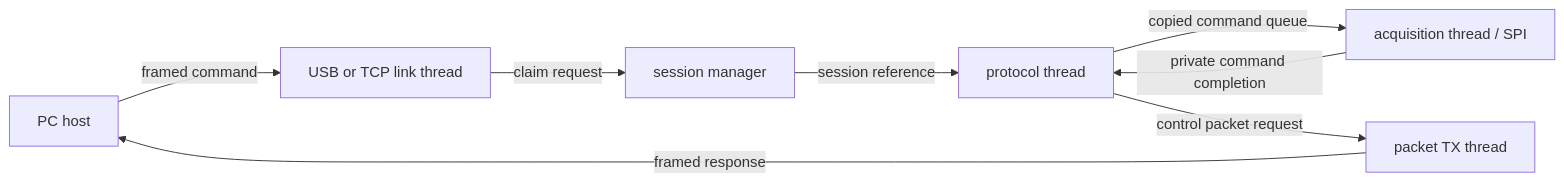
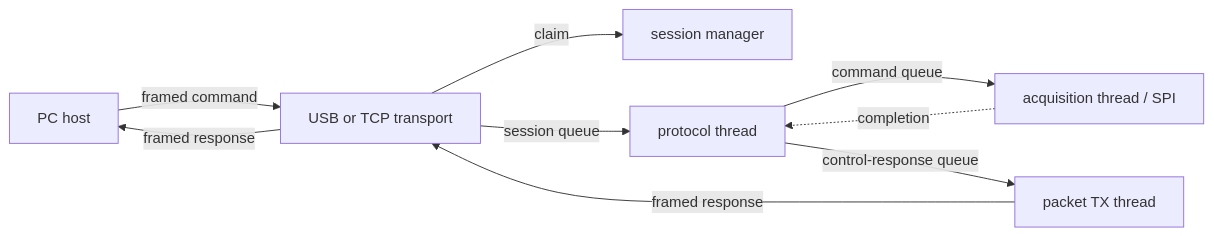
One commit to Sergio5714/wulpus-pro changed the second of 4 diagrams in fw/esp32/docs/firmware_architecture.md. Above: the diagram before and after it, drawn with Mermaid. The commit also changed other lines of this file, not shown here.

Commit message:
docs fw esp32: clarify firmware architecture and thread communication

````diff
--- a/fw/esp32/docs/firmware_architecture.md
+++ b/fw/esp32/docs/firmware_architecture.md
@@ -95,10 +110,11 @@
 ```mermaid
 flowchart LR
-    HOST[PC host] -->|framed command| LINK[USB or TCP link thread]
-    LINK -->|claim request| SESSION[session manager]
-    SESSION -->|session reference| PROTO[protocol thread]
-    PROTO -->|copied command queue| SPI[acquisition thread / SPI]
-    SPI -->|private command completion| PROTO
-    PROTO -->|control packet request| TX[packet TX thread]
-    TX -->|framed response| HOST
+    HOST[PC host] -->|framed command| TRANSPORT[USB or TCP transport]
+    TRANSPORT -->|claim| SESSION[session manager]
+    TRANSPORT -->|session queue| PROTO[protocol thread]
+    PROTO -->|command queue| ACQ[acquisition thread / SPI]
+    ACQ -.->|completion| PROTO
+    PROTO -->|control-response queue| TX[packet TX thread]
+    TX -->|framed response| TRANSPORT
+    TRANSPORT -->|framed response| HOST
 ```
````
